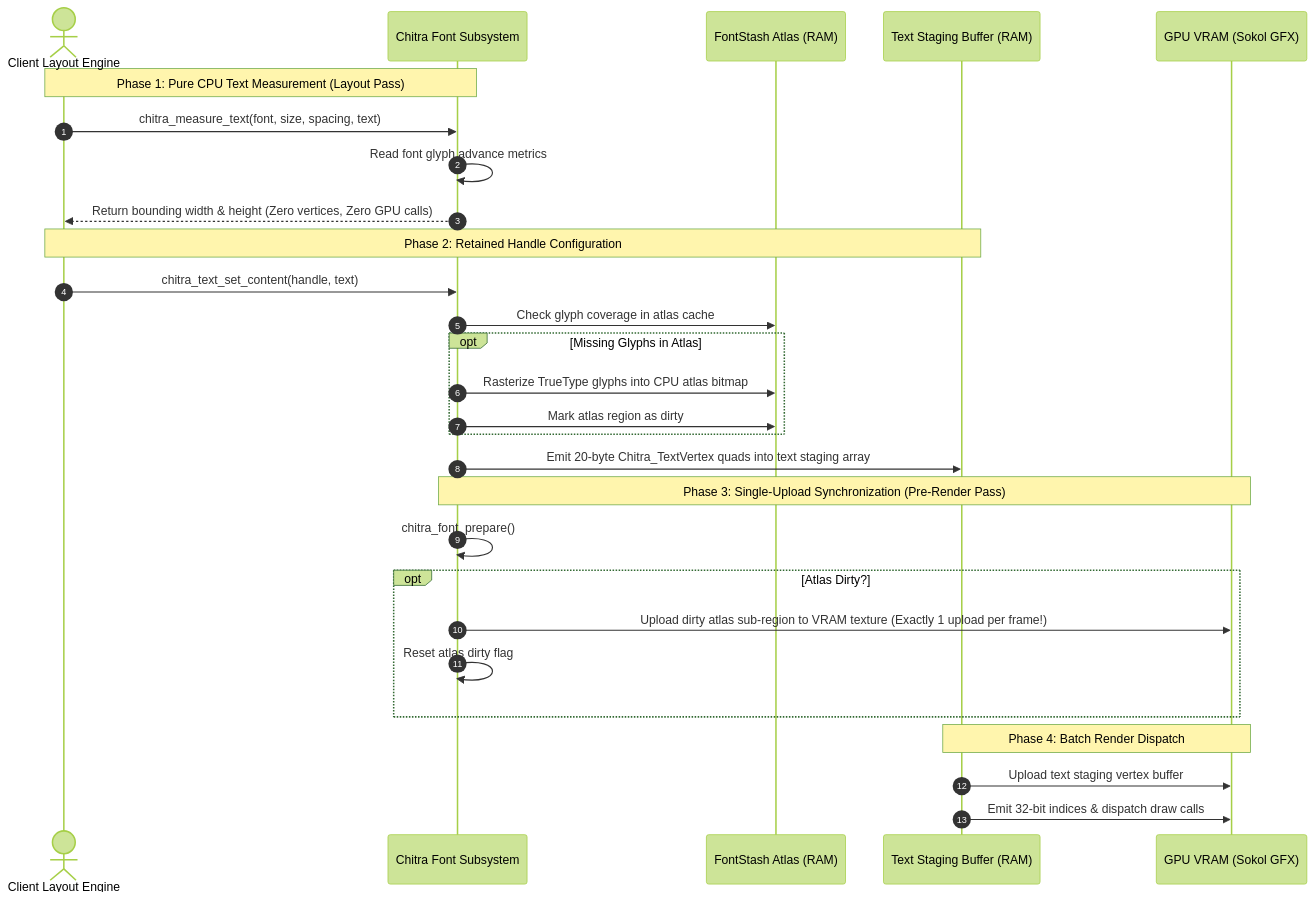
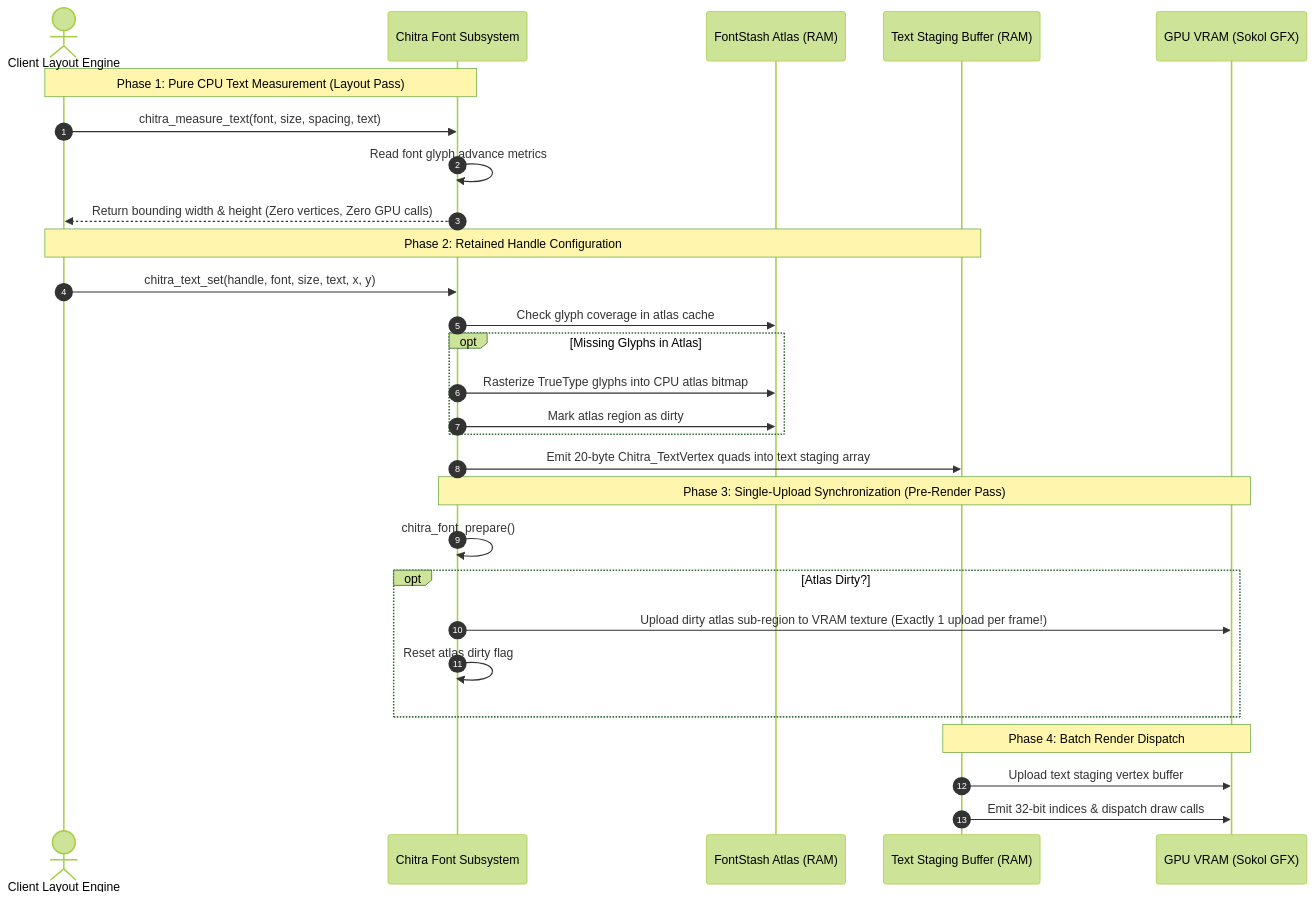
The third of 4 diagrams in docs/manual/08_visual_flowcharts.md (Yuvi-GD/Chitra), drawn with Mermaid (forest theme) before and after one commit. The commit also changed 27 other files, not shown here.

````diff
--- a/docs/manual/08_visual_flowcharts.md
+++ b/docs/manual/08_visual_flowcharts.md
@@ -138,34 +138,34 @@
 ```mermaid
 sequenceDiagram
     autonumber
     actor Client as Client Layout Engine
     participant Font as Chitra Font Subsystem
     participant Atlas as FontStash Atlas (RAM)
     participant Staging as Text Staging Buffer (RAM)
     participant GPU as GPU VRAM (Sokol GFX)
 
     Note over Client,Font: Phase 1: Pure CPU Text Measurement (Layout Pass)
     Client->>Font: chitra_measure_text(font, size, spacing, text)
     Font->>Font: Read font glyph advance metrics
     Font-->>Client: Return bounding width & height (Zero vertices, Zero GPU calls)
 
     Note over Client,Staging: Phase 2: Retained Handle Configuration
-    Client->>Font: chitra_text_set_content(handle, text)
+    Client->>Font: chitra_text_set(handle, font, size, text, x, y)
     Font->>Atlas: Check glyph coverage in atlas cache
     opt Missing Glyphs in Atlas
         Font->>Atlas: Rasterize TrueType glyphs into CPU atlas bitmap
         Font->>Atlas: Mark atlas region as dirty
     end
     Font->>Staging: Emit 20-byte Chitra_TextVertex quads into text staging array
 
     Note over Font,GPU: Phase 3: Single-Upload Synchronization (Pre-Render Pass)
     Font->>Font: chitra_font_prepare()
     opt Atlas Dirty?
         Font->>GPU: Upload dirty atlas sub-region to VRAM texture (Exactly 1 upload per frame!)
         Font->>Font: Reset atlas dirty flag
     end
 
     Note over Staging,GPU: Phase 4: Batch Render Dispatch
     Staging->>GPU: Upload text staging vertex buffer
     Staging->>GPU: Emit 32-bit indices & dispatch draw calls
 ```
````
